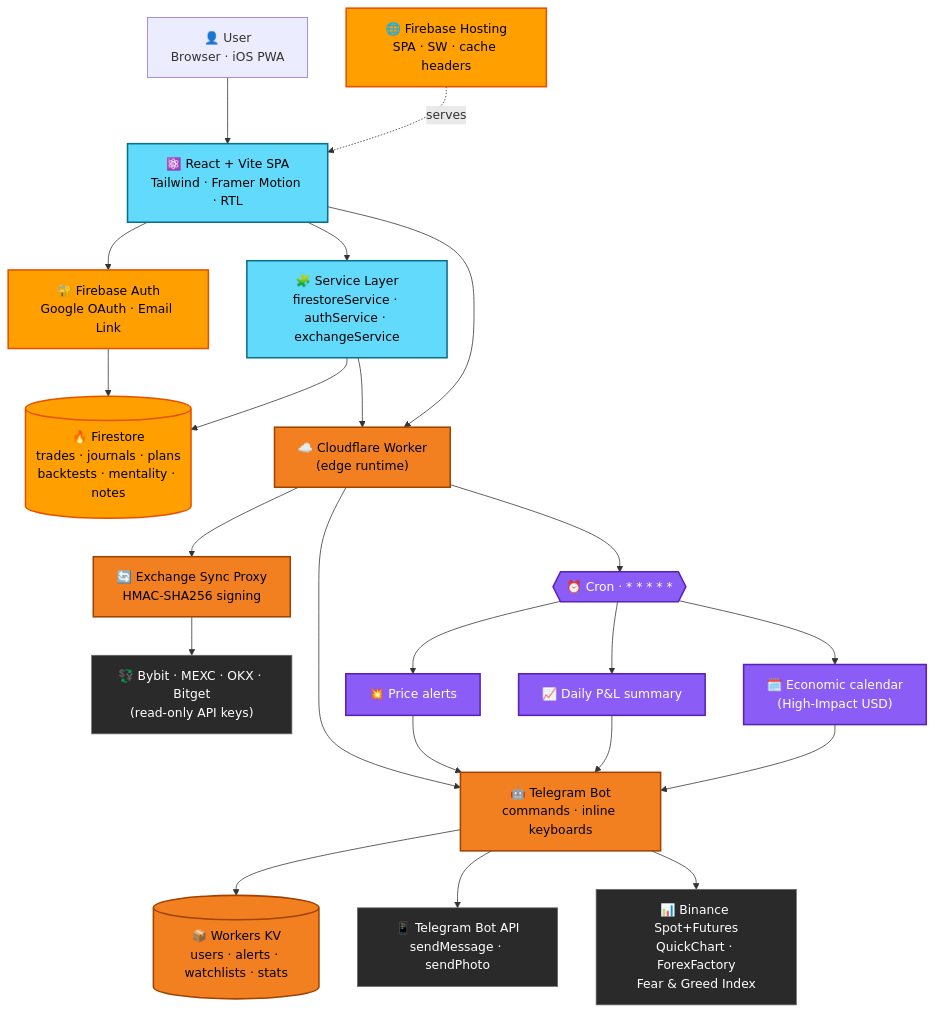
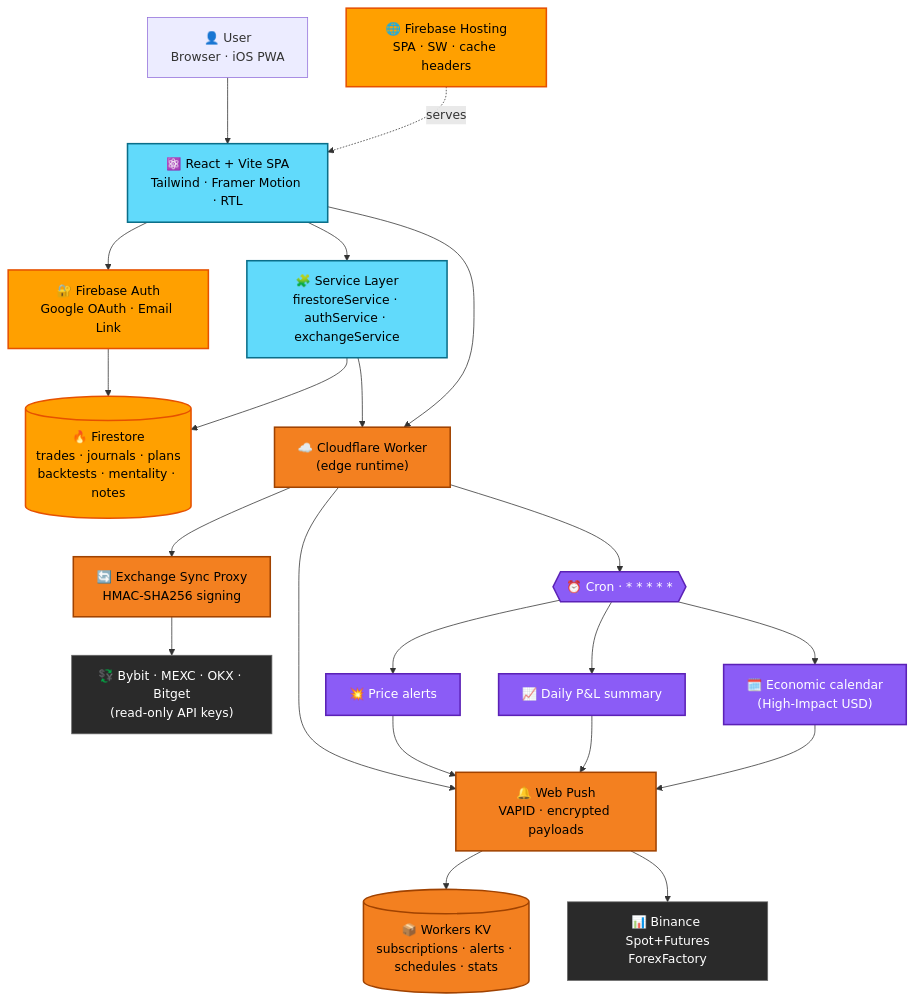
One commit to aviniazov7/TradeOS changed the first of 2 diagrams in README.md. Above: the diagram before and after it, drawn with Mermaid. The commit also changed other lines of this file and 12 other files, not shown here.

````diff
--- a/README.md
+++ b/README.md
@@ -170,44 +151,43 @@
 ```mermaid
 flowchart TD
     user["👤 User<br/>Browser · iOS PWA"] --> app
 
     %% Web app
     app["⚛️ React + Vite SPA<br/>Tailwind · Framer Motion · RTL"] --> auth & svc & worker
 
     %% Firebase
     auth["🔐 Firebase Auth<br/>Google OAuth · Email Link"] --> store
     svc["🧩 Service Layer<br/>firestoreService · authService · exchangeService"] --> store & worker
     store[("🔥 Firestore<br/>trades · journals · plans<br/>backtests · mentality · notes")]
     hosting["🌐 Firebase Hosting<br/>SPA · SW · cache headers"] -.serves.-> app
 
     %% Worker
-    worker["☁️ Cloudflare Worker<br/>(edge runtime)"] --> sync & bot & cron
+    worker["☁️ Cloudflare Worker<br/>(edge runtime)"] --> sync & push & cron
 
     %% Exchange pipeline
     sync["🔄 Exchange Sync Proxy<br/>HMAC-SHA256 signing"] --> exchanges
     exchanges["💱 Bybit · MEXC · OKX · Bitget<br/>(read-only API keys)"]
 
-    %% Telegram bot pipeline
-    bot["🤖 Telegram Bot<br/>commands · inline keyboards"] --> kv & tg & market
-    kv[("📦 Workers KV<br/>users · alerts · watchlists · stats")]
-    tg["📱 Telegram Bot API<br/>sendMessage · sendPhoto"]
-    market["📊 Binance Spot+Futures<br/>QuickChart · ForexFactory<br/>Fear & Greed Index"]
+    %% Web Push pipeline
+    push["🔔 Web Push<br/>VAPID · encrypted payloads"] --> kv & market
+    kv[("📦 Workers KV<br/>subscriptions · alerts · schedules · stats")]
+    market["📊 Binance Spot+Futures<br/>ForexFactory"]
 
     %% Scheduled
     cron{{"⏰ Cron · * * * * *"}} --> alerts & summary & calendar
-    alerts["💥 Price alerts"] --> bot
-    summary["📈 Daily P&L summary"] --> bot
-    calendar["🗓️ Economic calendar<br/>(High-Impact USD)"] --> bot
+    alerts["💥 Price alerts"] --> push
+    summary["📈 Daily P&L summary"] --> push
+    calendar["🗓️ Economic calendar<br/>(High-Impact USD)"] --> push
 
     classDef firebase fill:#FFA000,stroke:#E65100,color:#000,stroke-width:2px
     classDef cloudflare fill:#F38020,stroke:#A04200,color:#000,stroke-width:2px
     classDef react fill:#61DAFB,stroke:#0A6E89,color:#000,stroke-width:2px
     classDef external fill:#2A2A2A,stroke:#666,color:#FFF
     classDef cron fill:#8B5CF6,stroke:#5B21B6,color:#FFF,stroke-width:2px
 
     class auth,store,hosting firebase
-    class worker,sync,bot,kv cloudflare
+    class worker,sync,push,kv cloudflare
     class app,svc react
-    class exchanges,tg,market external
+    class exchanges,market external
     class cron,alerts,summary,calendar cron
 ```
````
